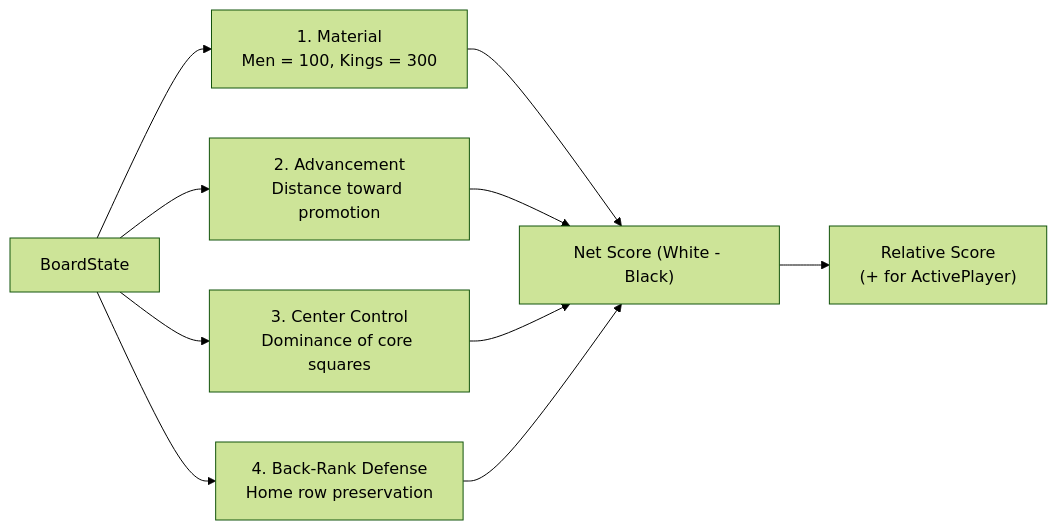
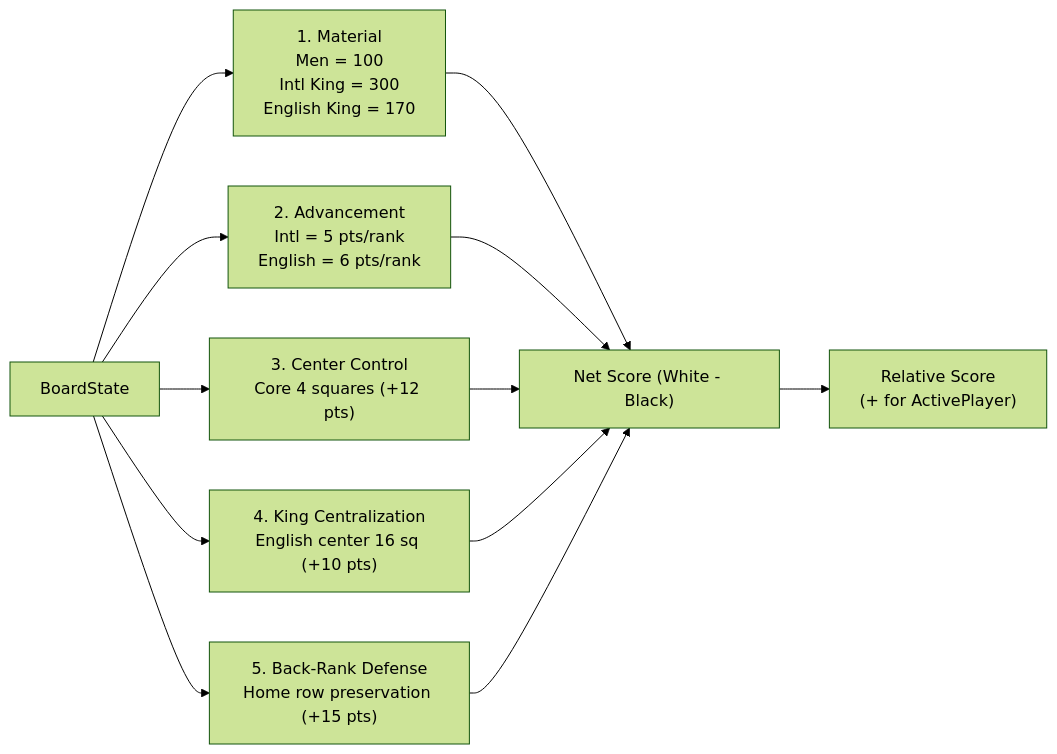
The diagram in docs/brain/05-evaluation.md (cjp-dev/Checkers), drawn with Mermaid (forest theme) before and after one commit. The commit also changed other lines of this file and 10 other files, not shown here.

````diff
--- a/docs/brain/05-evaluation.md
+++ b/docs/brain/05-evaluation.md
@@ -20,9 +20,10 @@
 ```mermaid
 flowchart LR
-    State[BoardState] --> Mat["1. Material<br/>Men = 100, Kings = 300"]
-    State --> Adv["2. Advancement<br/>Distance toward promotion"]
-    State --> Center["3. Center Control<br/>Dominance of core squares"]
-    State --> Def["4. Back-Rank Defense<br/>Home row preservation"]
-    Mat & Adv & Center & Def --> Net["Net Score (White - Black)"]
+    State[BoardState] --> Mat["1. Material<br/>Men = 100<br/>Intl King = 300<br/>English King = 170"]
+    State --> Adv["2. Advancement<br/>Intl = 5 pts/rank<br/>English = 6 pts/rank"]
+    State --> Center["3. Center Control<br/>Core 4 squares (+12 pts)"]
+    State --> KingCent["4. King Centralization<br/>English center 16 sq (+10 pts)"]
+    State --> Def["5. Back-Rank Defense<br/>Home row preservation (+15 pts)"]
+    Mat & Adv & Center & KingCent & Def --> Net["Net Score (White - Black)"]
     Net --> Relative["Relative Score<br/>(+ for ActivePlayer)"]
 ```
````
